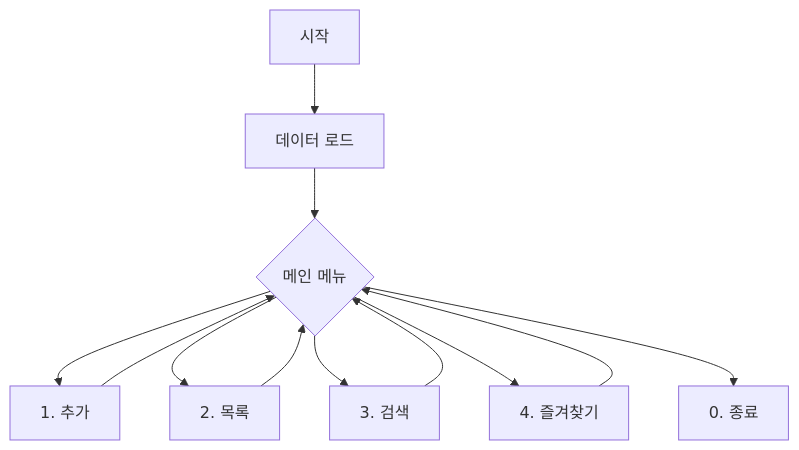
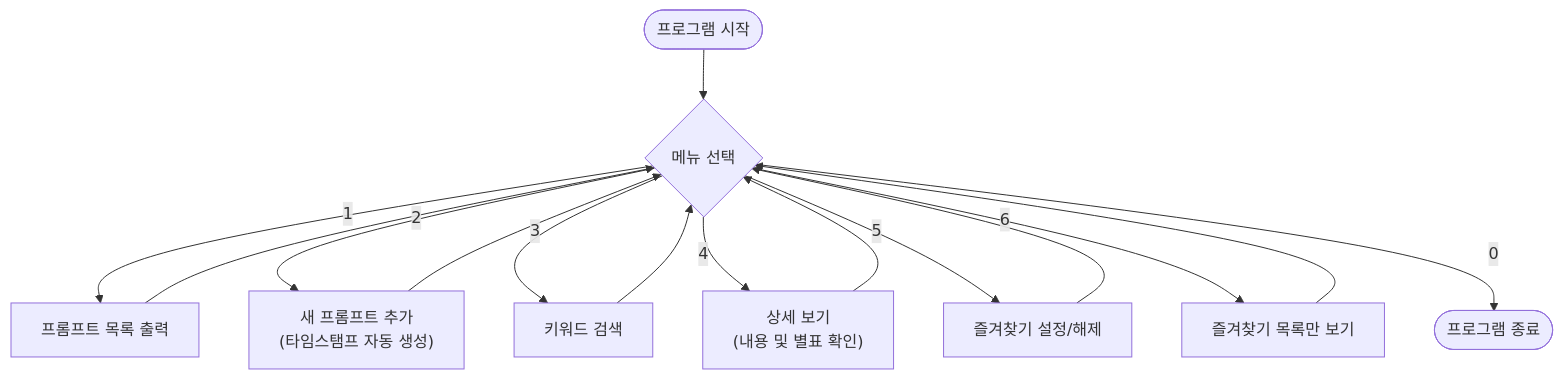
The diagram in README.md (mustiolla/prompt_manager), drawn with Mermaid before and after one commit.

Commit message:
docs: Mermaid 흐름도 구문 오류 수정 및 최종 업데이트

````diff
--- a/README.md
+++ b/README.md
@@ -8,14 +8,19 @@
 ```mermaid
 graph TD
-    A["시작"] --> B["데이터 로드"]
-    B --> C{"메인 메뉴"}
-    C --> D["1. 추가"]
-    C --> E["2. 목록"]
-    C --> F["3. 검색"]
-    C --> G["4. 즐겨찾기"]
-    C --> H["0. 종료"]
-    D --> C
-    E --> C
-    F --> C
-    G --> C
+  Start([프로그램 시작]) --> MainMenu{메뉴 선택}
+
+  MainMenu -- "1" --> ShowList["프롬프트 목록 출력"]
+  MainMenu -- "2" --> AddPrompt["새 프롬프트 추가<br/>(타임스탬프 자동 생성)"]
+  MainMenu -- "3" --> SearchPrompt["키워드 검색"]
+  MainMenu -- "4" --> ShowDetail["상세 보기<br/>(내용 및 별표 확인)"]
+  MainMenu -- "5" --> ToggleFav["즐겨찾기 설정/해제"]
+  MainMenu -- "6" --> ShowFavs["즐겨찾기 목록만 보기"]
+  MainMenu -- "0" --> Exit([프로그램 종료])
+
+  ShowList --> MainMenu
+  AddPrompt --> MainMenu
+  SearchPrompt --> MainMenu
+  ShowDetail --> MainMenu
+  ToggleFav --> MainMenu
+  ShowFavs --> MainMenu
 ```
````
